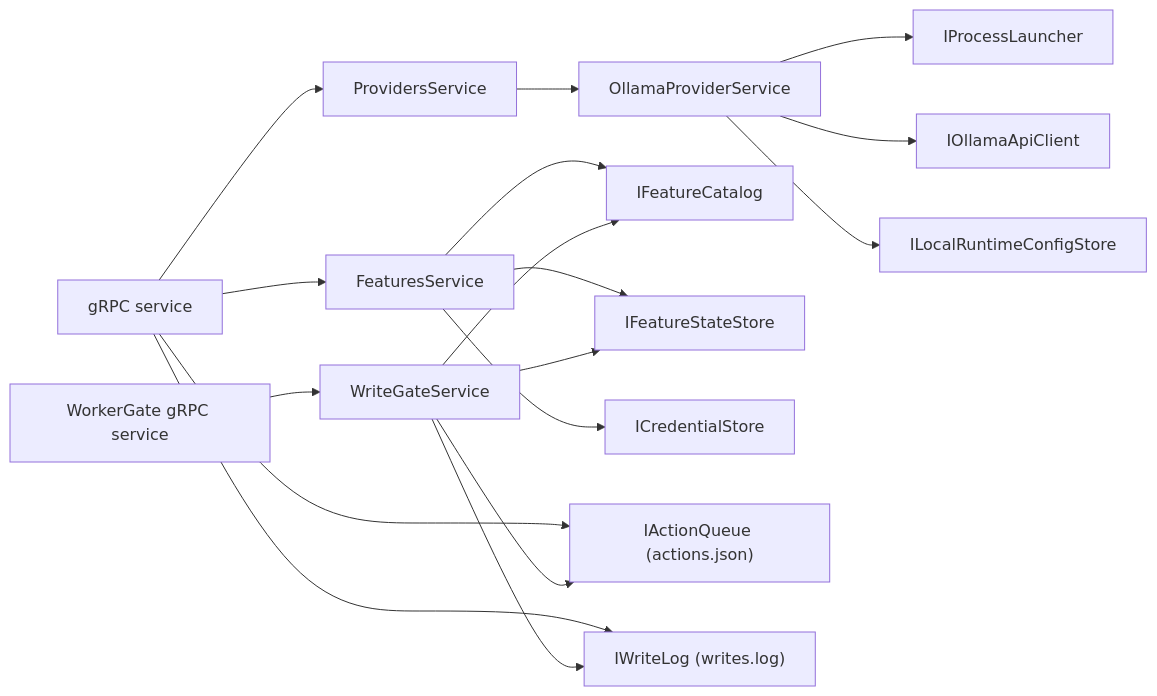
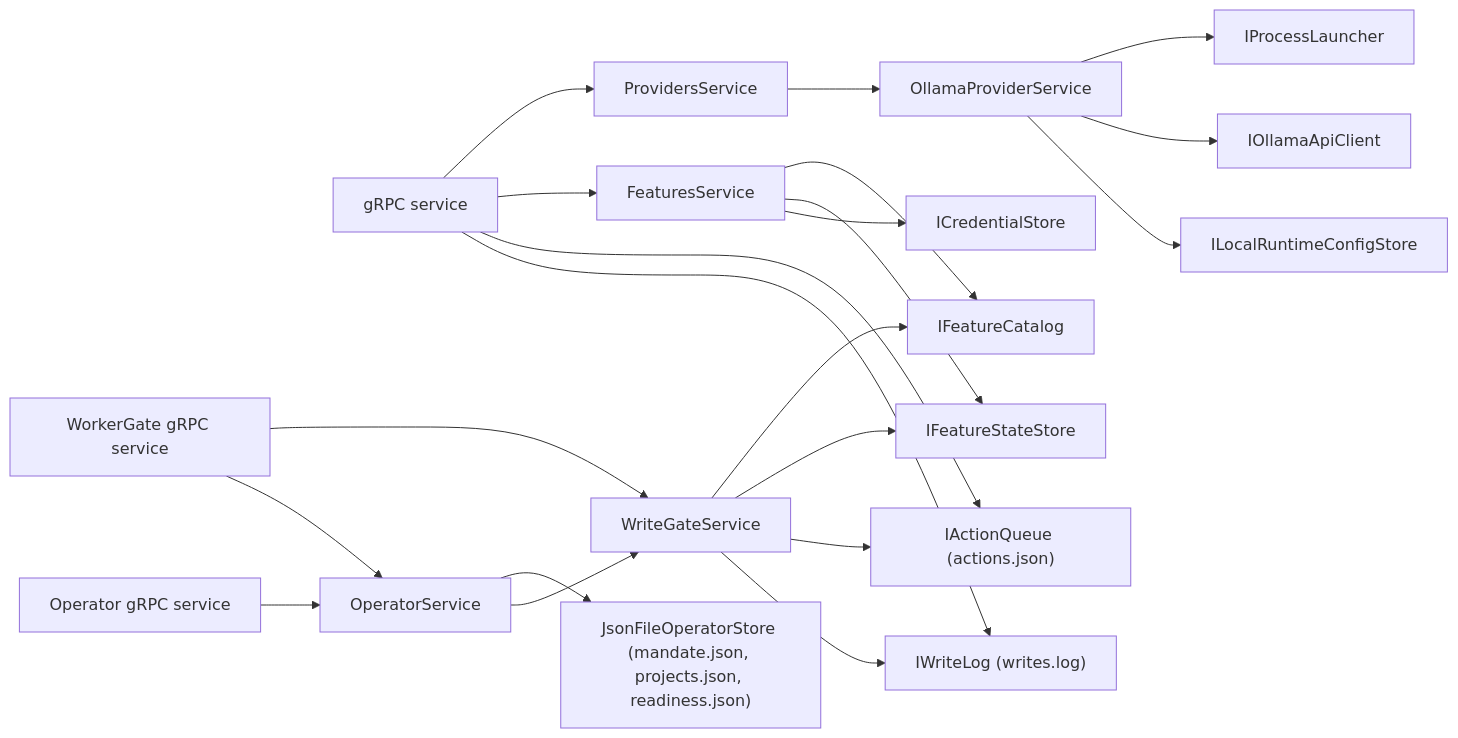
Before and after one commit to vitorafgomes/scout: the diagram in vault/pages/services/control-plane.md, drawn with Mermaid. The commit also changed other lines of this file and 316 other files, not shown here.

````diff
--- a/vault/pages/services/control-plane.md
+++ b/vault/pages/services/control-plane.md
@@ -45,19 +48,23 @@
 ```mermaid
 flowchart LR
     ui["gRPC service"] --> ps["ProvidersService"]
     ps --> ol["OllamaProviderService"]
     ol --> pl["IProcessLauncher"]
     ol --> api["IOllamaApiClient"]
     ol --> cfg["ILocalRuntimeConfigStore"]
     ui --> fs["FeaturesService"]
     fs --> cat["IFeatureCatalog"]
     fs --> st["IFeatureStateStore"]
     fs --> cr["ICredentialStore"]
     ui --> aq["IActionQueue (actions.json)"]
     ui --> wl["IWriteLog (writes.log)"]
     wg["WorkerGate gRPC service"] --> gate["WriteGateService"]
     gate --> cat
     gate --> st
     gate --> aq
     gate --> wl
+    op["Operator gRPC service"] --> os["OperatorService"]
+    wg --> os
+    os --> ost["JsonFileOperatorStore (mandate.json, projects.json, readiness.json)"]
+    os --> gate
 ```
````
